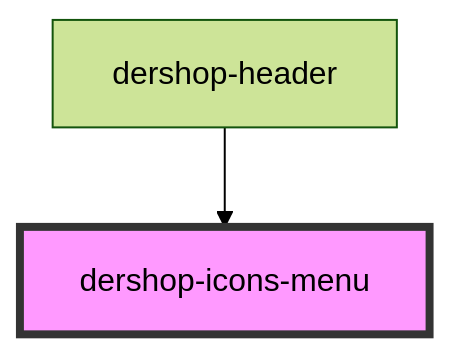
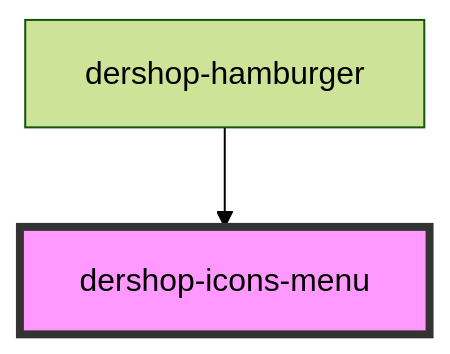
One commit to corejam/corejam changed the diagram in packages/plugins/dershop/app/components/icons/icons-menu/readme.md. Above: the diagram before and after it, drawn with Mermaid (forest theme). The commit also changed other lines of this file and 9 other files, not shown here.

Commit message:
revert graphql

````diff
--- a/packages/plugins/dershop/app/components/icons/icons-menu/readme.md
+++ b/packages/plugins/dershop/app/components/icons/icons-menu/readme.md
@@ -15,5 +15,5 @@
 ```mermaid
 graph TD;
-  dershop-header --> dershop-icons-menu
+  dershop-hamburger --> dershop-icons-menu
   style dershop-icons-menu fill:#f9f,stroke:#333,stroke-width:4px
 ```
````
